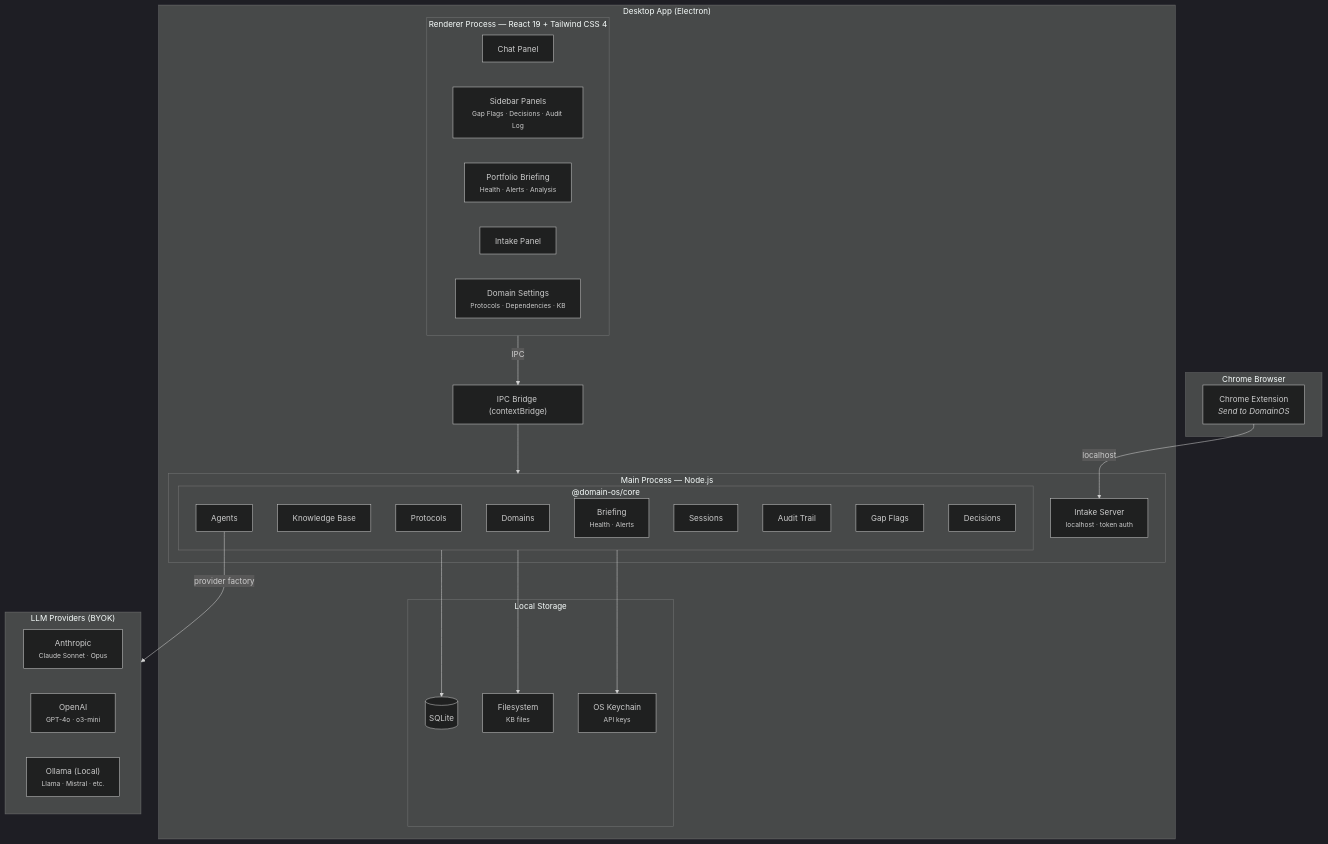
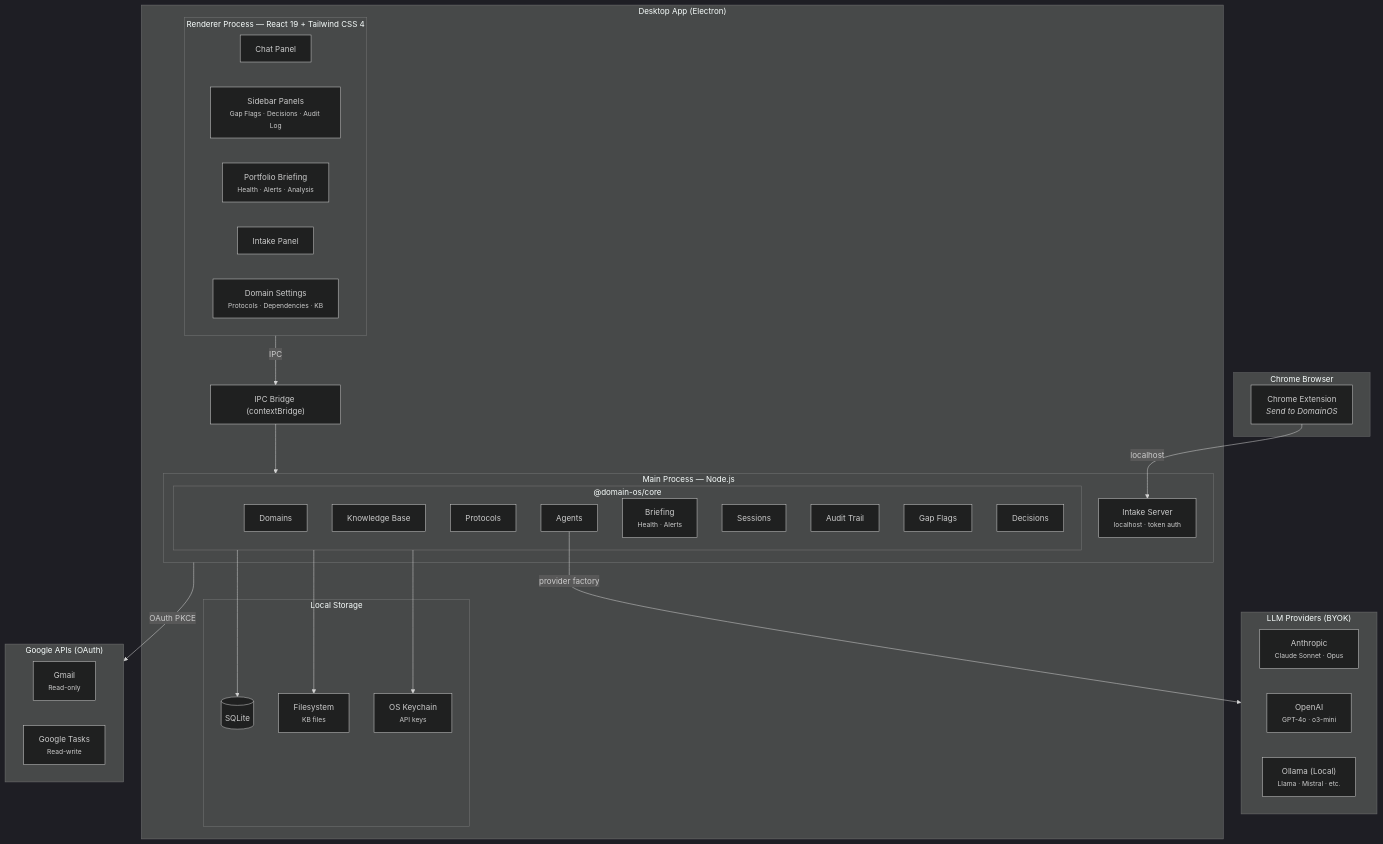
Before and after one commit to quiet-coder-io/DomainOS: the first of 3 diagrams in README.md, drawn with Mermaid (dark theme). The commit also changed other lines of this file and 12 other files, not shown here.

First line of the commit message:
Add Google Tasks integration with inline editing and error recovery

````diff
--- a/README.md
+++ b/README.md
@@ -92,52 +94,58 @@
 ```mermaid
 graph TB
     subgraph Browser["Chrome Browser"]
         EXT["Chrome Extension<br/><i>Send to DomainOS</i>"]
     end
 
     subgraph Electron["Desktop App (Electron)"]
         subgraph Renderer["Renderer Process — React 19 + Tailwind CSS 4"]
             CHAT["Chat Panel"]
             SIDEBAR["Sidebar Panels<br/><small>Gap Flags · Decisions · Audit Log</small>"]
             BRIEFING["Portfolio Briefing<br/><small>Health · Alerts · Analysis</small>"]
             INTAKE["Intake Panel"]
             SETTINGS["Domain Settings<br/><small>Protocols · Dependencies · KB</small>"]
         end
 
         IPC["IPC Bridge (contextBridge)"]
 
         subgraph Main["Main Process — Node.js"]
             subgraph Core["@domain-os/core"]
                 DOMAINS[Domains]
                 KB[Knowledge Base]
                 PROTOCOLS[Protocols]
                 AGENTS[Agents]
                 BRIEFMOD["Briefing<br/><small>Health · Alerts</small>"]
                 SESSIONS[Sessions]
                 AUDIT[Audit Trail]
                 GAPFLAGS[Gap Flags]
                 DECISIONS[Decisions]
             end
             INTAKESVR["Intake Server<br/><small>localhost · token auth</small>"]
         end
 
         subgraph Storage["Local Storage"]
             SQLITE[(SQLite)]
             FS["Filesystem<br/><small>KB files</small>"]
             KEYCHAIN["OS Keychain<br/><small>API keys</small>"]
         end
     end
 
     subgraph LLM["LLM Providers (BYOK)"]
         ANTHROPIC["Anthropic<br/><small>Claude Sonnet · Opus</small>"]
         OPENAI["OpenAI<br/><small>GPT-4o · o3-mini</small>"]
         OLLAMA["Ollama (Local)<br/><small>Llama · Mistral · etc.</small>"]
     end
 
+    subgraph Google["Google APIs (OAuth)"]
+        GMAIL["Gmail<br/><small>Read-only</small>"]
+        GTASKS["Google Tasks<br/><small>Read-write</small>"]
+    end
+
     EXT -- "localhost" --> INTAKESVR
     Renderer -- "IPC" --> IPC --> Main
     AGENTS -- "provider factory" --> LLM
+    Main -- "OAuth PKCE" --> Google
     Core --> SQLITE
     Core --> FS
     Core --> KEYCHAIN
 ```
````
